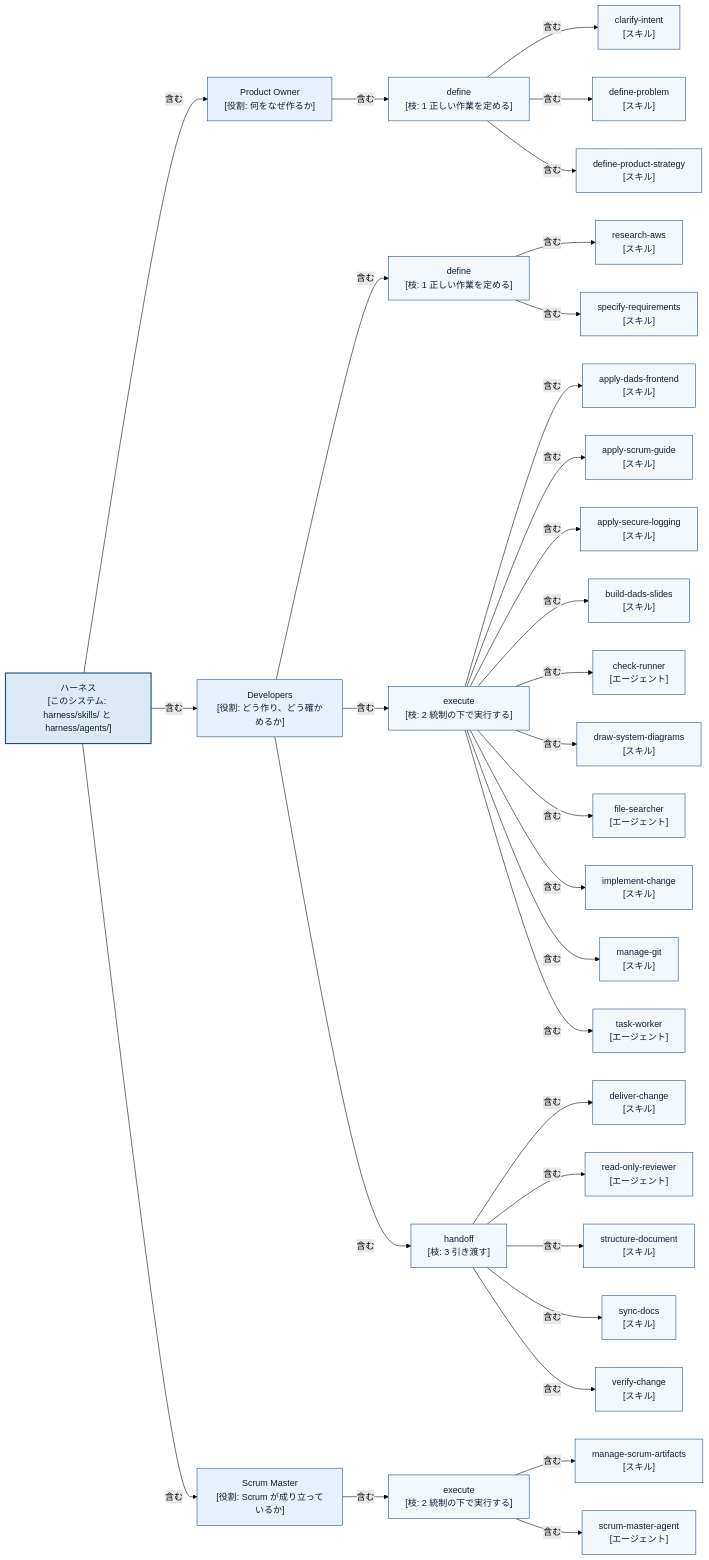
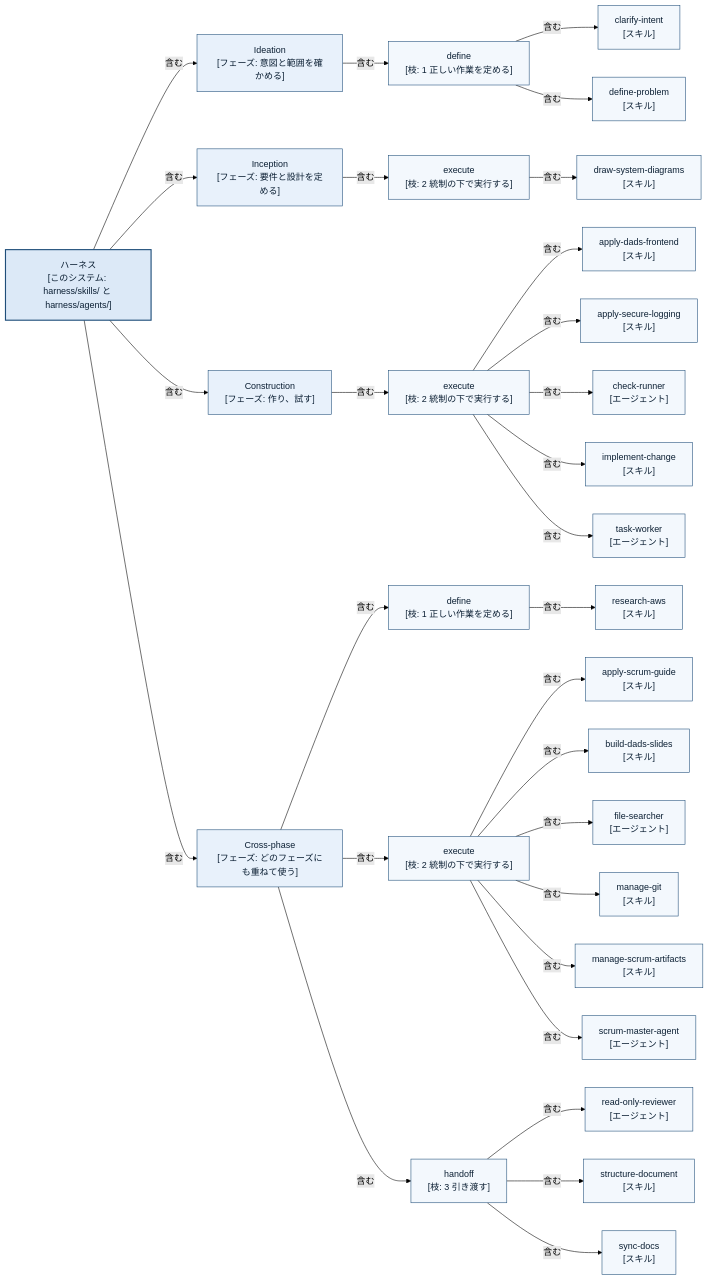
Before and after one commit to superluminal-jp/my-claude-code: the diagram in docs/harness/skill-map/03-role-tree.md, drawn with Mermaid (forest theme). The commit also changed 126 other files, not shown here.

First line of the commit message:
feat(harness): 変更の引き渡しの基盤を AI-DLC Workflows v2 にする（ADR-0029、作業途中）

````diff
--- a/docs/harness/skill-map/03-role-tree.md
+++ b/docs/harness/skill-map/03-role-tree.md
@@ -6,69 +6,65 @@
 ```mermaid
 flowchart LR
-  accTitle: コンポーネント図: 役割の木
-  accDescr: harness のスキルとエージェントを、Scrum の役割、作業の枝、要素の3段の木に置いた図。どの要素も親は1つで、各要素の前付けの metadata.role と metadata.branch から生成している。
+  accTitle: コンポーネント図: フェーズの木
+  accDescr: harness のスキルとエージェントを、AI-DLC のフェーズ、作業の枝、要素の3段の木に置いた図。どの要素も親は1つで、各要素の前付けの metadata.phase と metadata.branch から生成している。
   harness["ハーネス<br/>[このシステム: harness/skills/ と harness/agents/]"]:::system
-  role_product_owner["Product Owner<br/>[役割: 何をなぜ作るか]"]:::container
-  product_owner_define["define<br/>[枝: 1 正しい作業を定める]"]:::component
+  role_ideation["Ideation<br/>[フェーズ: 意図と範囲を確かめる]"]:::container
+  ideation_define["define<br/>[枝: 1 正しい作業を定める]"]:::component
   clarify_intent["clarify-intent<br/>[スキル]"]:::component
   define_problem["define-problem<br/>[スキル]"]:::component
-  define_product_strategy["define-product-strategy<br/>[スキル]"]:::component
-  role_developers["Developers<br/>[役割: どう作り、どう確かめるか]"]:::container
-  developers_define["define<br/>[枝: 1 正しい作業を定める]"]:::component
+  role_inception["Inception<br/>[フェーズ: 要件と設計を定める]"]:::container
+  inception_execute["execute<br/>[枝: 2 統制の下で実行する]"]:::component
+  draw_system_diagrams["draw-system-diagrams<br/>[スキル]"]:::component
+  role_construction["Construction<br/>[フェーズ: 作り、試す]"]:::container
+  construction_execute["execute<br/>[枝: 2 統制の下で実行する]"]:::component
+  apply_dads_frontend["apply-dads-frontend<br/>[スキル]"]:::component
+  apply_secure_logging["apply-secure-logging<br/>[スキル]"]:::component
+  check_runner["check-runner<br/>[エージェント]"]:::component
+  implement_change["implement-change<br/>[スキル]"]:::component
+  task_worker["task-worker<br/>[エージェント]"]:::component
+  role_cross_phase["Cross-phase<br/>[フェーズ: どのフェーズにも重ねて使う]"]:::container
+  cross_phase_define["define<br/>[枝: 1 正しい作業を定める]"]:::component
   research_aws["research-aws<br/>[スキル]"]:::component
-  specify_requirements["specify-requirements<br/>[スキル]"]:::component
-  developers_execute["execute<br/>[枝: 2 統制の下で実行する]"]:::component
-  apply_dads_frontend["apply-dads-frontend<br/>[スキル]"]:::component
+  cross_phase_execute["execute<br/>[枝: 2 統制の下で実行する]"]:::component
   apply_scrum_guide["apply-scrum-guide<br/>[スキル]"]:::component
-  apply_secure_logging["apply-secure-logging<br/>[スキル]"]:::component
   build_dads_slides["build-dads-slides<br/>[スキル]"]:::component
-  check_runner["check-runner<br/>[エージェント]"]:::component
-  draw_system_diagrams["draw-system-diagrams<br/>[スキル]"]:::component
   file_searcher["file-searcher<br/>[エージェント]"]:::component
-  implement_change["implement-change<br/>[スキル]"]:::component
   manage_git["manage-git<br/>[スキル]"]:::component
-  task_worker["task-worker<br/>[エージェント]"]:::component
-  developers_handoff["handoff<br/>[枝: 3 引き渡す]"]:::component
-  deliver_change["deliver-change<br/>[スキル]"]:::component
+  manage_scrum_artifacts["manage-scrum-artifacts<br/>[スキル]"]:::component
+  scrum_master_agent["scrum-master-agent<br/>[エージェント]"]:::component
+  cross_phase_handoff["handoff<br/>[枝: 3 引き渡す]"]:::component
   read_only_reviewer["read-only-reviewer<br/>[エージェント]"]:::component
   structure_document["structure-document<br/>[スキル]"]:::component
   sync_docs["sync-docs<br/>[スキル]"]:::component
-  verify_change["verify-change<br/>[スキル]"]:::component
-  role_scrum_master["Scrum Master<br/>[役割: Scrum が成り立っているか]"]:::container
-  scrum_master_execute["execute<br/>[枝: 2 統制の下で実行する]"]:::component
-  manage_scrum_artifacts["manage-scrum-artifacts<br/>[スキル]"]:::component
-  scrum_master_agent["scrum-master-agent<br/>[エージェント]"]:::component
-  harness -->|"含む"| role_product_owner
-  role_product_owner -->|"含む"| product_owner_define
-  product_owner_define -->|"含む"| clarify_intent
-  product_owner_define -->|"含む"| define_problem
-  product_owner_define -->|"含む"| define_product_strategy
-  harness -->|"含む"| role_developers
-  role_developers -->|"含む"| developers_define
-  developers_define -->|"含む"| research_aws
-  developers_define -->|"含む"| specify_requirements
-  role_developers -->|"含む"| developers_execute
-  developers_execute -->|"含む"| apply_dads_frontend
-  developers_execute -->|"含む"| apply_scrum_guide
-  developers_execute -->|"含む"| apply_secure_logging
-  developers_execute -->|"含む"| build_dads_slides
-  developers_execute -->|"含む"| check_runner
-  developers_execute -->|"含む"| draw_system_diagrams
-  developers_execute -->|"含む"| file_searcher
-  developers_execute -->|"含む"| implement_change
-  developers_execute -->|"含む"| manage_git
-  developers_execute -->|"含む"| task_worker
-  role_developers -->|"含む"| developers_handoff
-  developers_handoff -->|"含む"| deliver_change
-  developers_handoff -->|"含む"| read_only_reviewer
-  developers_handoff -->|"含む"| structure_document
-  developers_handoff -->|"含む"| sync_docs
-  developers_handoff -->|"含む"| verify_change
-  harness -->|"含む"| role_scrum_master
-  role_scrum_master -->|"含む"| scrum_master_execute
-  scrum_master_execute -->|"含む"| manage_scrum_artifacts
-  scrum_master_execute -->|"含む"| scrum_master_agent
+  harness -->|"含む"| role_ideation
+  role_ideation -->|"含む"| ideation_define
+  ideation_define -->|"含む"| clarify_intent
+  ideation_define -->|"含む"| define_problem
+  harness -->|"含む"| role_inception
+  role_inception -->|"含む"| inception_execute
+  inception_execute -->|"含む"| draw_system_diagrams
+  harness -->|"含む"| role_construction
+  role_construction -->|"含む"| construction_execute
+  construction_execute -->|"含む"| apply_dads_frontend
+  construction_execute -->|"含む"| apply_secure_logging
+  construction_execute -->|"含む"| check_runner
+  construction_execute -->|"含む"| implement_change
+  construction_execute -->|"含む"| task_worker
+  harness -->|"含む"| role_cross_phase
+  role_cross_phase -->|"含む"| cross_phase_define
+  cross_phase_define -->|"含む"| research_aws
+  role_cross_phase -->|"含む"| cross_phase_execute
+  cross_phase_execute -->|"含む"| apply_scrum_guide
+  cross_phase_execute -->|"含む"| build_dads_slides
+  cross_phase_execute -->|"含む"| file_searcher
+  cross_phase_execute -->|"含む"| manage_git
+  cross_phase_execute -->|"含む"| manage_scrum_artifacts
+  cross_phase_execute -->|"含む"| scrum_master_agent
+  role_cross_phase -->|"含む"| cross_phase_handoff
+  cross_phase_handoff -->|"含む"| read_only_reviewer
+  cross_phase_handoff -->|"含む"| structure_document
+  cross_phase_handoff -->|"含む"| sync_docs
   classDef system fill:#DCE9F7,stroke:#1F4E79,stroke-width:2px,color:#0B1F33
   classDef container fill:#E8F1FB,stroke:#1F4E79,color:#0B1F33
   classDef component fill:#F3F8FD,stroke:#1F4E79,color:#0B1F33
 ```
````
